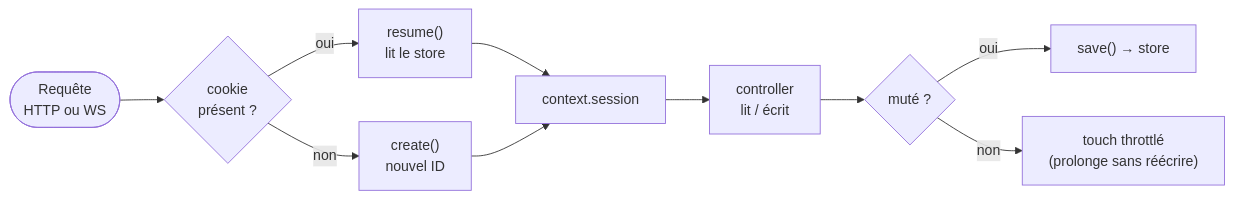
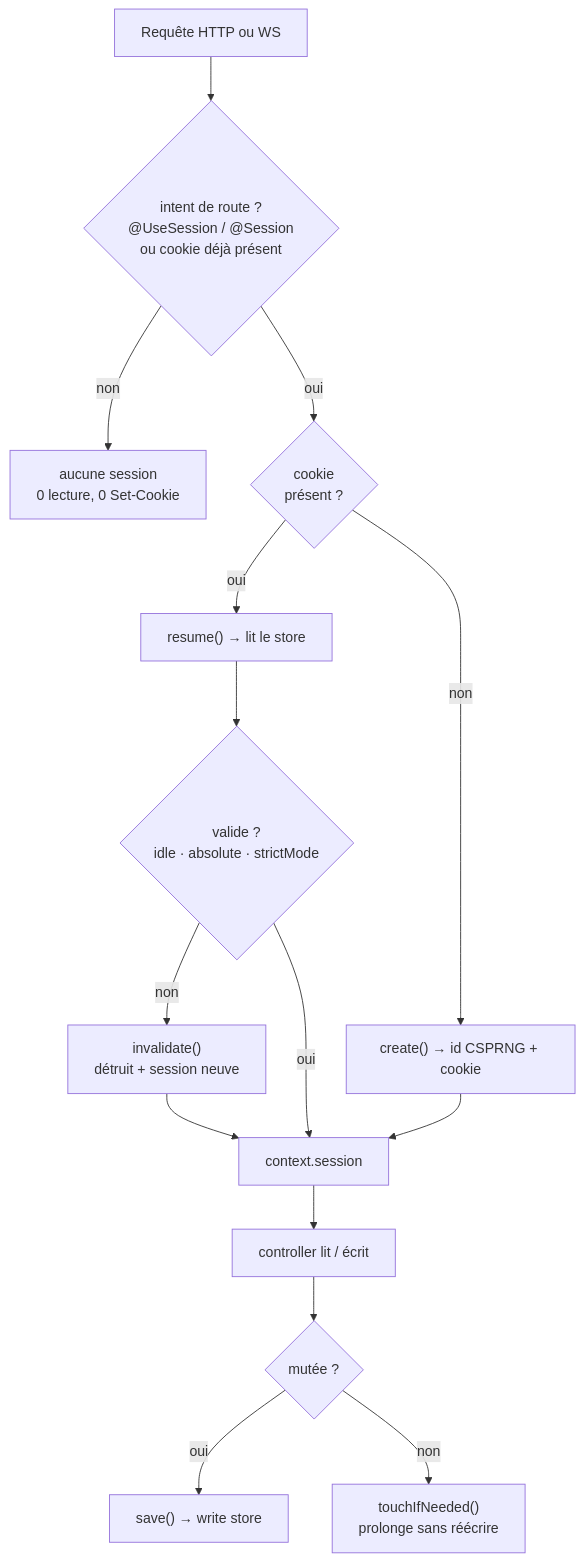
Before and after one commit to nodefony/nodefony-core: the first of 3 diagrams in src/packages/@nodefony/http/docs/session.md, drawn with Mermaid. The commit also changed other lines of this file and 8 other files, not shown here.

````diff
--- a/src/packages/@nodefony/http/docs/session.md
+++ b/src/packages/@nodefony/http/docs/session.md
@@ -26,12 +52,17 @@
 ```mermaid
-flowchart LR
-  Req(["Requête<br/>HTTP ou WS"]) --> S{"cookie<br/>présent ?"}
-  S -->|oui| RS["resume()<br/>lit le store"]
-  S -->|non| CR["create()<br/>nouvel ID"]
-  RS --> CTX["context.session"]
+flowchart TD
+  R["Requête HTTP ou WS"] --> I{"intent de route ?<br/>@UseSession / @Session<br/>ou cookie déjà présent"}
+  I -->|non| SKIP["aucune session<br/>0 lecture, 0 Set-Cookie"]
+  I -->|oui| C{"cookie<br/>présent ?"}
+  C -->|oui| RS["resume() → lit le store"]
+  C -->|non| CR["create() → id CSPRNG + cookie"]
+  RS --> V{"valide ?<br/>idle · absolute · strictMode"}
+  V -->|non| INV["invalidate()<br/>détruit + session neuve"]
+  V -->|oui| CTX["context.session"]
   CR --> CTX
-  CTX --> W["controller<br/>lit / écrit"]
-  W --> SV{"muté ?"}
-  SV -->|oui| WR["save() → store"]
-  SV -->|non| TO["touch throttlé<br/>(prolonge sans réécrire)"]
+  INV --> CTX
+  CTX --> W["controller lit / écrit"]
+  W --> S{"mutée ?"}
+  S -->|oui| WR["save() → write store"]
+  S -->|non| TO["touchIfNeeded()<br/>prolonge sans réécrire"]
 ```
````
